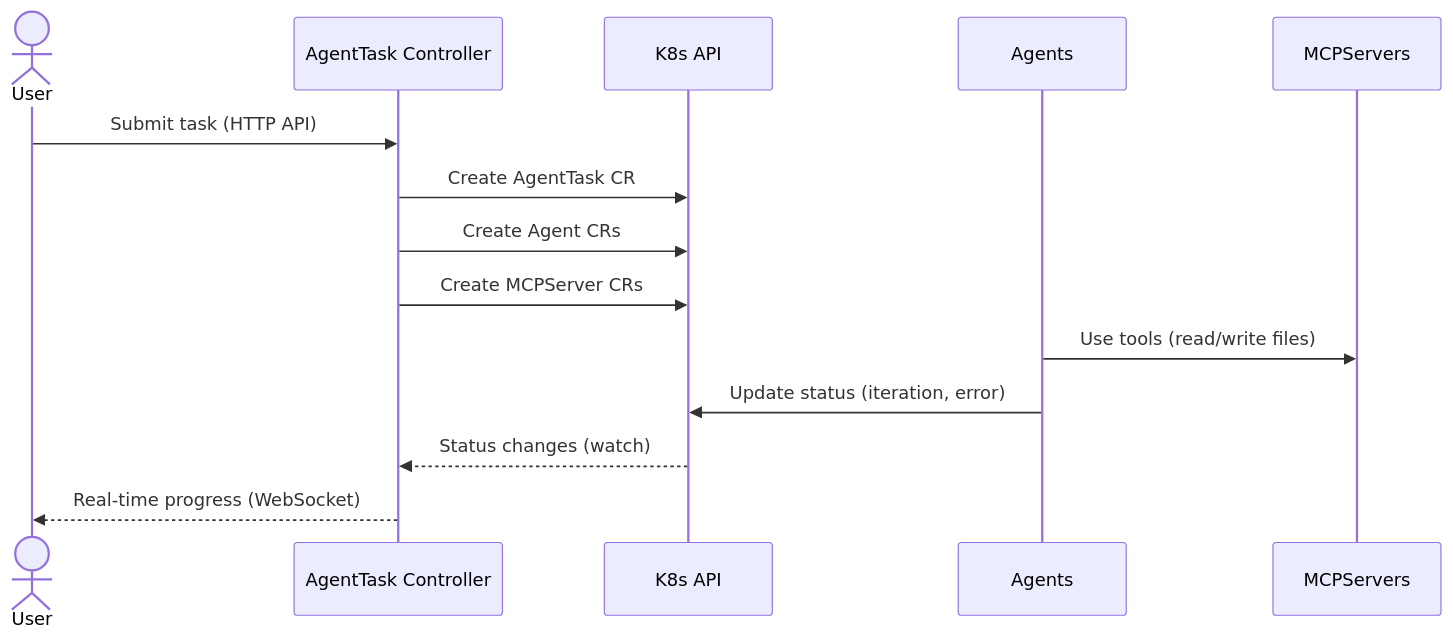
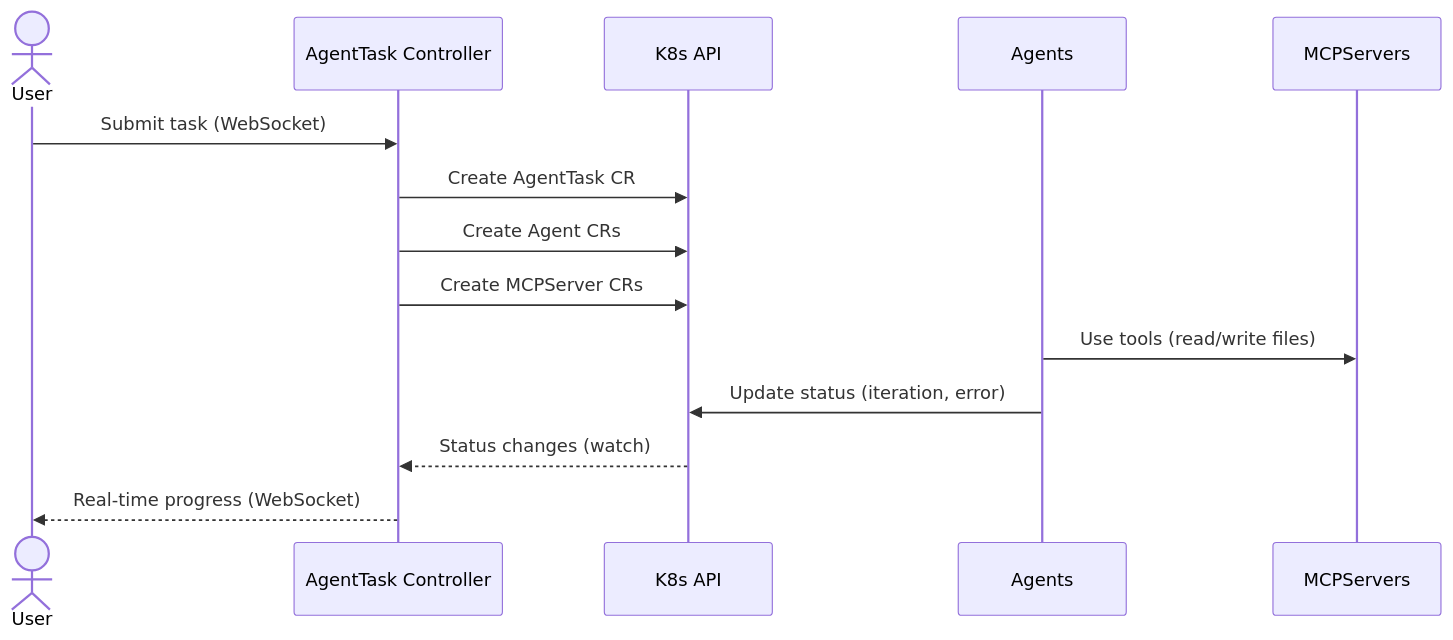
Before and after one commit to dshcherbatiuk/forgemaster: the fifth of 5 diagrams in docs/arch/09-crd-specifications.md, drawn with Mermaid. The commit also changed other lines of this file and 4 other files, not shown here.

First line of the commit message:
docs: Replace legacy POST /tasks with WebSocket in architecture docs

````diff
--- a/docs/arch/09-crd-specifications.md
+++ b/docs/arch/09-crd-specifications.md
@@ -165,17 +165,17 @@
 ```mermaid
 sequenceDiagram
     actor User
     participant ATC as AgentTask Controller
     participant API as K8s API
     participant AG as Agents
     participant MCP as MCPServers
 
-    User->>ATC: Submit task (HTTP API)
+    User->>ATC: Submit task (WebSocket)
     ATC->>API: Create AgentTask CR
     ATC->>API: Create Agent CRs
     ATC->>API: Create MCPServer CRs
     AG->>MCP: Use tools (read/write files)
     AG->>API: Update status (iteration, error)
     API-->>ATC: Status changes (watch)
     ATC-->>User: Real-time progress (WebSocket)
 ```
````
